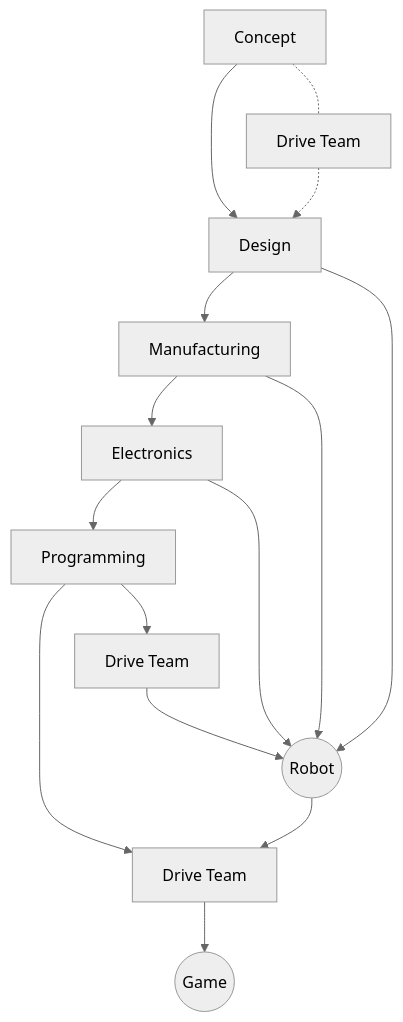
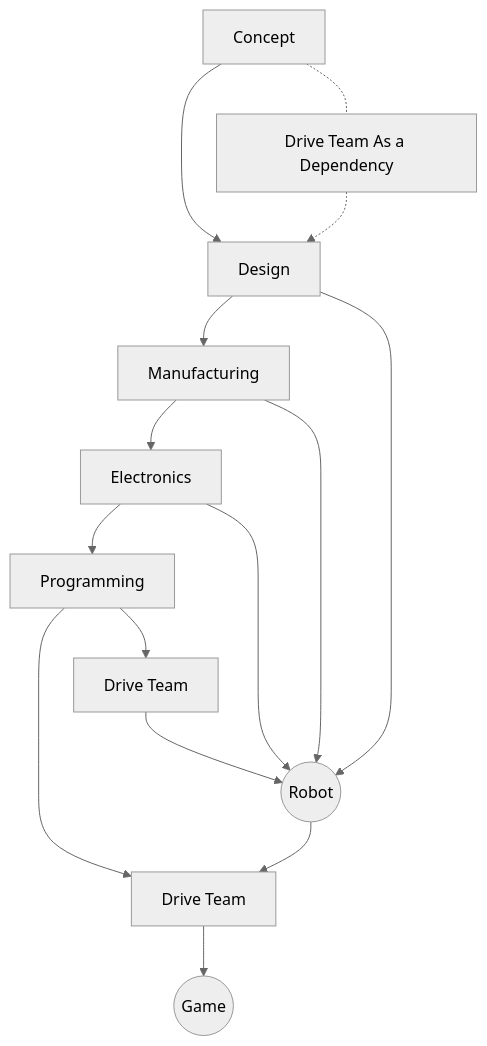
The diagram in doc/teams_as_interfaces.mmd (Raptacon/Robot-2025), drawn with Mermaid (neutral theme) before and after one commit.

Commit message:
Updated the teams as interfaces flowchart

```diff
--- a/doc/teams_as_interfaces.mmd
+++ b/doc/teams_as_interfaces.mmd
@@ -1,19 +1,19 @@
 flowchart TB
     Design
     Manufacturing
     Electronics
     Programming
     DriveTeam[Drive Team]
     
     Robot((Robot))
     Game((Game))
     
     Design-->Manufacturing
     Manufacturing-->Electronics-->Programming-->DriveTeam
     
     Concept-->Design-->Robot
-    Concept-.-DriveTeam2[Drive Team]-.->Design
+    Concept-.-DriveTeam2[Drive Team As a Dependency]-.->Design
               Manufacturing-->Robot
               Electronics-->Robot
               Programming-->DriveTeam3[Drive Team]-->Robot
     Robot-->DriveTeam-->Game
```
